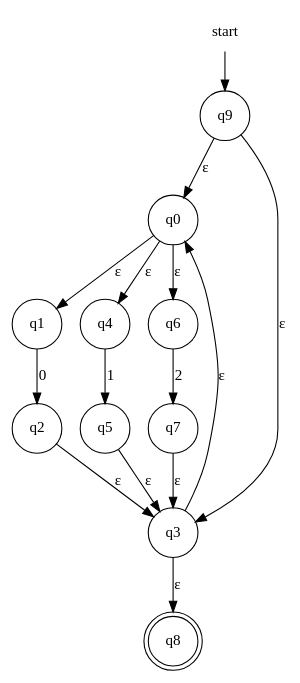
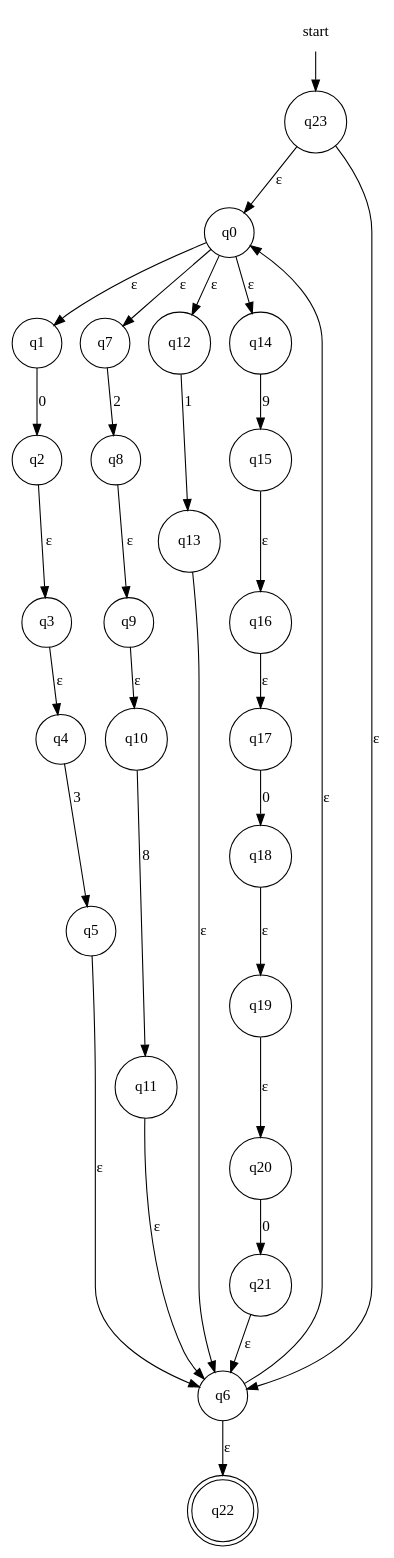
Before and after one commit to evertheylen/TA_TO: the diagram in fase1/RE-eNFA/regex_6.dot, drawn with Graphviz. The commit also changed 12 other files, not shown here.

```diff
--- a/fase1/RE-eNFA/regex_6.dot
+++ b/fase1/RE-eNFA/regex_6.dot
@@ -1,19 +1,34 @@
 digraph automaton {
     node [shape=none]; start;
-    node [shape=doublecircle]; "q8";
+    node [shape=doublecircle]; "q22";
     node [shape=circle];
-    start -> "q9";
+    start -> "q23";
     "q0" -> "q1" [label="&epsilon;"];
-    "q0" -> "q4" [label="&epsilon;"];
-    "q0" -> "q6" [label="&epsilon;"];
+    "q0" -> "q7" [label="&epsilon;"];
+    "q0" -> "q12" [label="&epsilon;"];
+    "q0" -> "q14" [label="&epsilon;"];
     "q1" -> "q2" [label="0"];
     "q2" -> "q3" [label="&epsilon;"];
-    "q3" -> "q0" [label="&epsilon;"];
-    "q3" -> "q8" [label="&epsilon;"];
-    "q4" -> "q5" [label="1"];
-    "q5" -> "q3" [label="&epsilon;"];
-    "q6" -> "q7" [label="2"];
-    "q7" -> "q3" [label="&epsilon;"];
-    "q9" -> "q0" [label="&epsilon;"];
-    "q9" -> "q3" [label="&epsilon;"];
+    "q3" -> "q4" [label="&epsilon;"];
+    "q4" -> "q5" [label="3"];
+    "q5" -> "q6" [label="&epsilon;"];
+    "q6" -> "q0" [label="&epsilon;"];
+    "q6" -> "q22" [label="&epsilon;"];
+    "q7" -> "q8" [label="2"];
+    "q8" -> "q9" [label="&epsilon;"];
+    "q9" -> "q10" [label="&epsilon;"];
+    "q10" -> "q11" [label="8"];
+    "q11" -> "q6" [label="&epsilon;"];
+    "q12" -> "q13" [label="1"];
+    "q13" -> "q6" [label="&epsilon;"];
+    "q14" -> "q15" [label="9"];
+    "q15" -> "q16" [label="&epsilon;"];
+    "q16" -> "q17" [label="&epsilon;"];
+    "q17" -> "q18" [label="0"];
+    "q18" -> "q19" [label="&epsilon;"];
+    "q19" -> "q20" [label="&epsilon;"];
+    "q20" -> "q21" [label="0"];
+    "q21" -> "q6" [label="&epsilon;"];
+    "q23" -> "q0" [label="&epsilon;"];
+    "q23" -> "q6" [label="&epsilon;"];
 }
```
